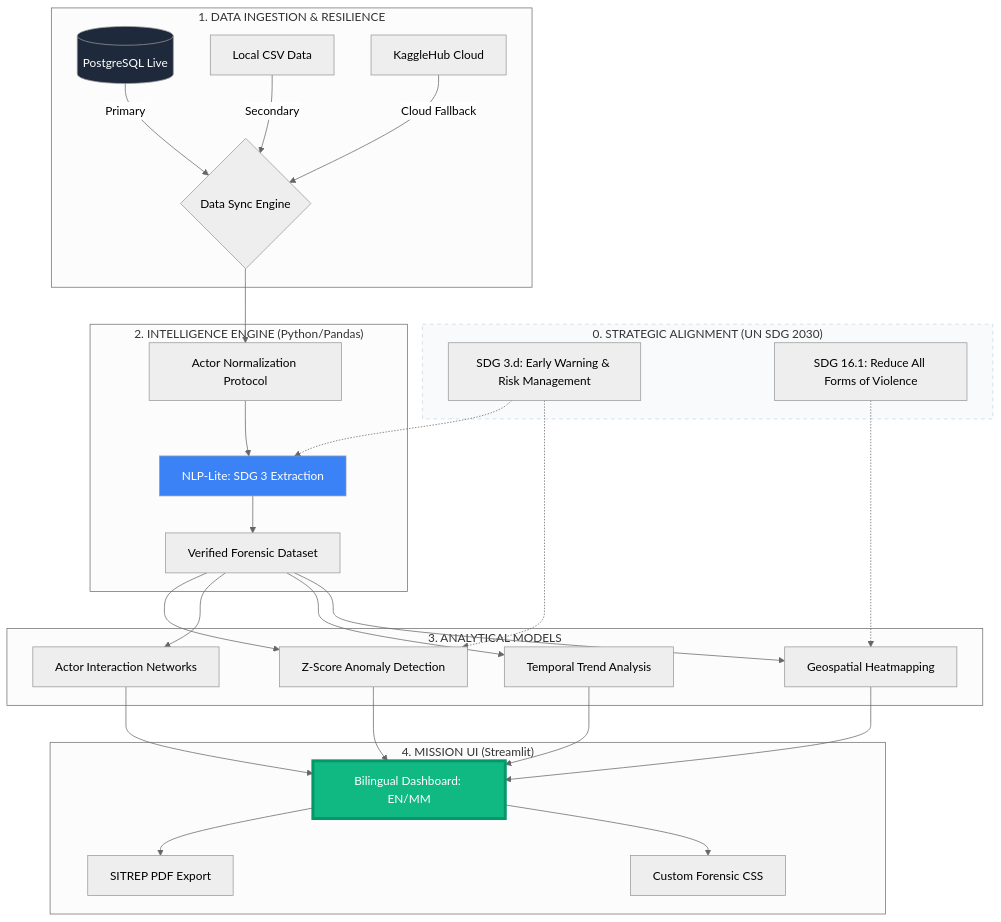
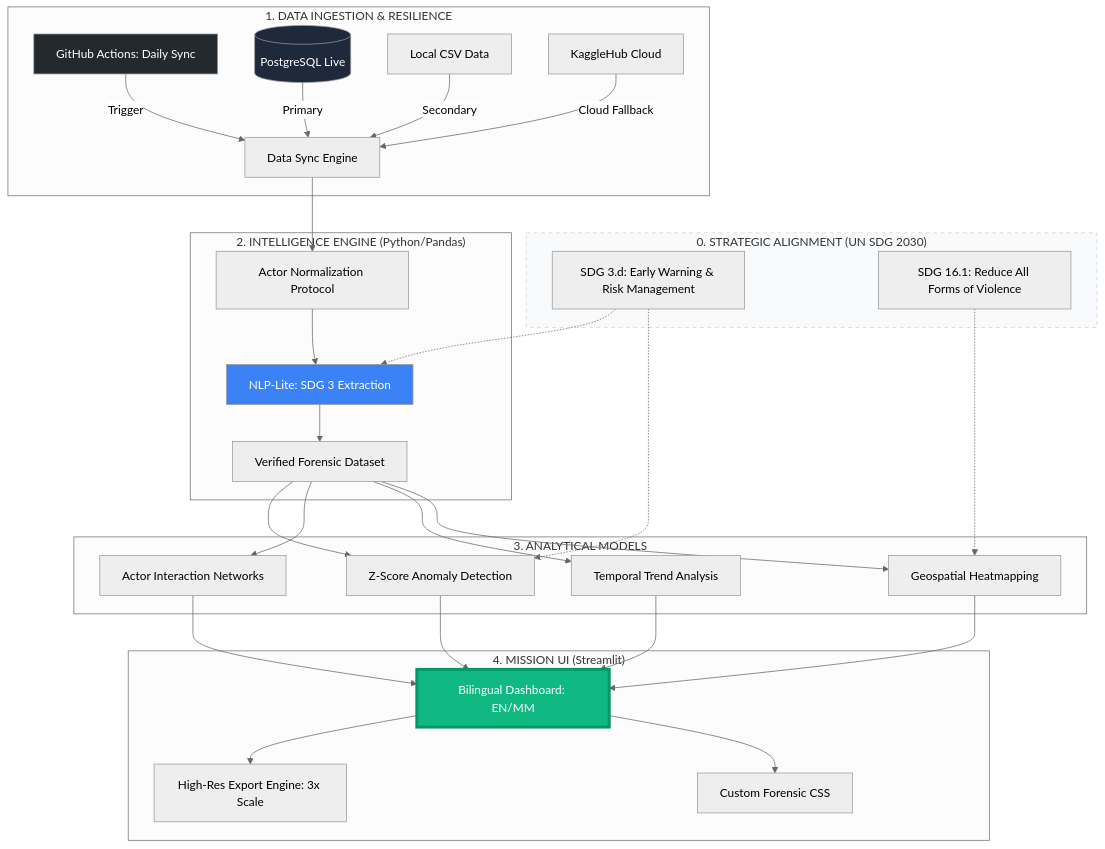
One commit to TainYanTun/Myanmar-conflict-observatory changed the diagram in README.md. Above: the diagram before and after it, drawn with Mermaid (neutral theme). The commit also changed other lines of this file, not shown here.

Commit message:
docs(readme): Update data ingestion and export architecture details
- Updated the Mermaid diagram to reflect the Data Sync Engine and its trigger via GitHub Actions.
- Revised the project description to explicitly mention GitHub Actions for daily API ingestion and PostgreSQL (Supabase).
- Enhanced the export mechanism in the diagram to 'High-Res Export Engine: 3x Scale' to better describe its capabilities.

````diff
--- a/README.md
+++ b/README.md
@@ -17,41 +17,43 @@
 ```mermaid
 graph TD
     subgraph SDG_2030_Goal ["0. STRATEGIC ALIGNMENT (UN SDG 2030)"]
         SDG3["SDG 3.d: Early Warning & Risk Management"]
         SDG16["SDG 16.1: Reduce All Forms of Violence"]
     end
 
     subgraph Data_Ingestion_Layer ["1. DATA INGESTION & RESILIENCE"]
-        DB[(PostgreSQL Live)] -->|Primary| Fallback{Data Sync Engine}
-        Local[Local CSV Data] -->|Secondary| Fallback
-        Kaggle[KaggleHub Cloud] -->|Cloud Fallback| Fallback
+        GHA[GitHub Actions: Daily Sync] -->|Trigger| Sync[Data Sync Engine]
+        DB[(PostgreSQL Live)] -->|Primary| Sync
+        Local[Local CSV Data] -->|Secondary| Sync
+        Kaggle[KaggleHub Cloud] -->|Cloud Fallback| Sync
     end
 
     subgraph Processing_Engine ["2. INTELLIGENCE ENGINE (Python/Pandas)"]
-        Fallback --> Logic[Actor Normalization Protocol]
+        Sync --> Logic[Actor Normalization Protocol]
         Logic --> NLP[NLP-Lite: SDG 3 Extraction]
         NLP --> Clean[Verified Forensic Dataset]
     end
 
     subgraph Analytical_Models ["3. ANALYTICAL MODELS"]
         Clean --> Geo[Geospatial Heatmapping]
         Clean --> Temp[Temporal Trend Analysis]
         Clean --> Net[Actor Interaction Networks]
         Clean --> Stat[Z-Score Anomaly Detection]
     end
 
     subgraph Presentation_Layer ["4. MISSION UI (Streamlit)"]
         Geo & Temp & Net & Stat --> Dashboard[Bilingual Dashboard: EN/MM]
         Dashboard --> CSS[Custom Forensic CSS]
-        Dashboard --> Export[SITREP PDF Export]
+        Dashboard --> Export[High-Res Export Engine: 3x Scale]
     end
 
     SDG3 -.-> Stat
     SDG3 -.-> NLP
     SDG16 -.-> Geo
     
     style Dashboard fill:#10b981,stroke:#059669,stroke-width:4px,color:#fff
     style DB fill:#1e293b,color:#fff
     style NLP fill:#3b82f6,color:#fff
+    style GHA fill:#24292e,color:#fff
     style SDG_2030_Goal fill:#f8fafc,stroke:#cbd5e1,stroke-dasharray: 5 5
 ```
````
